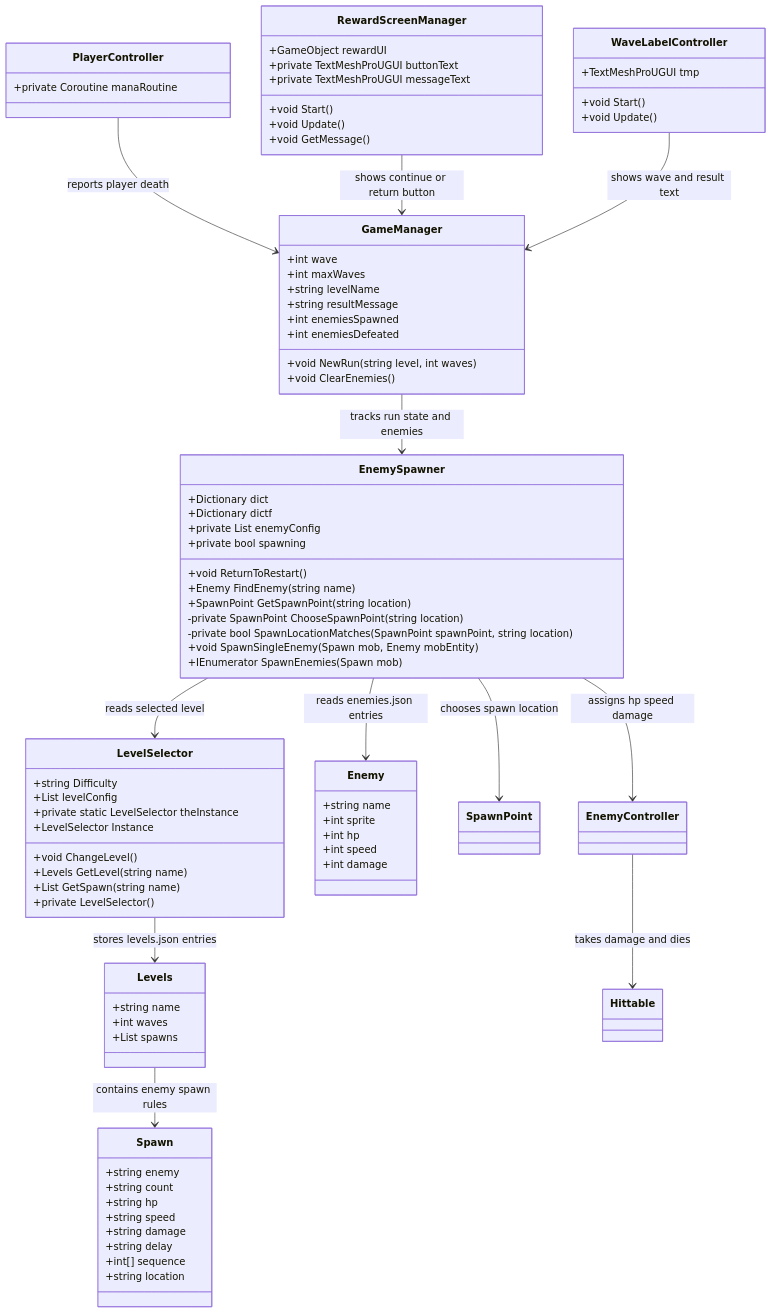
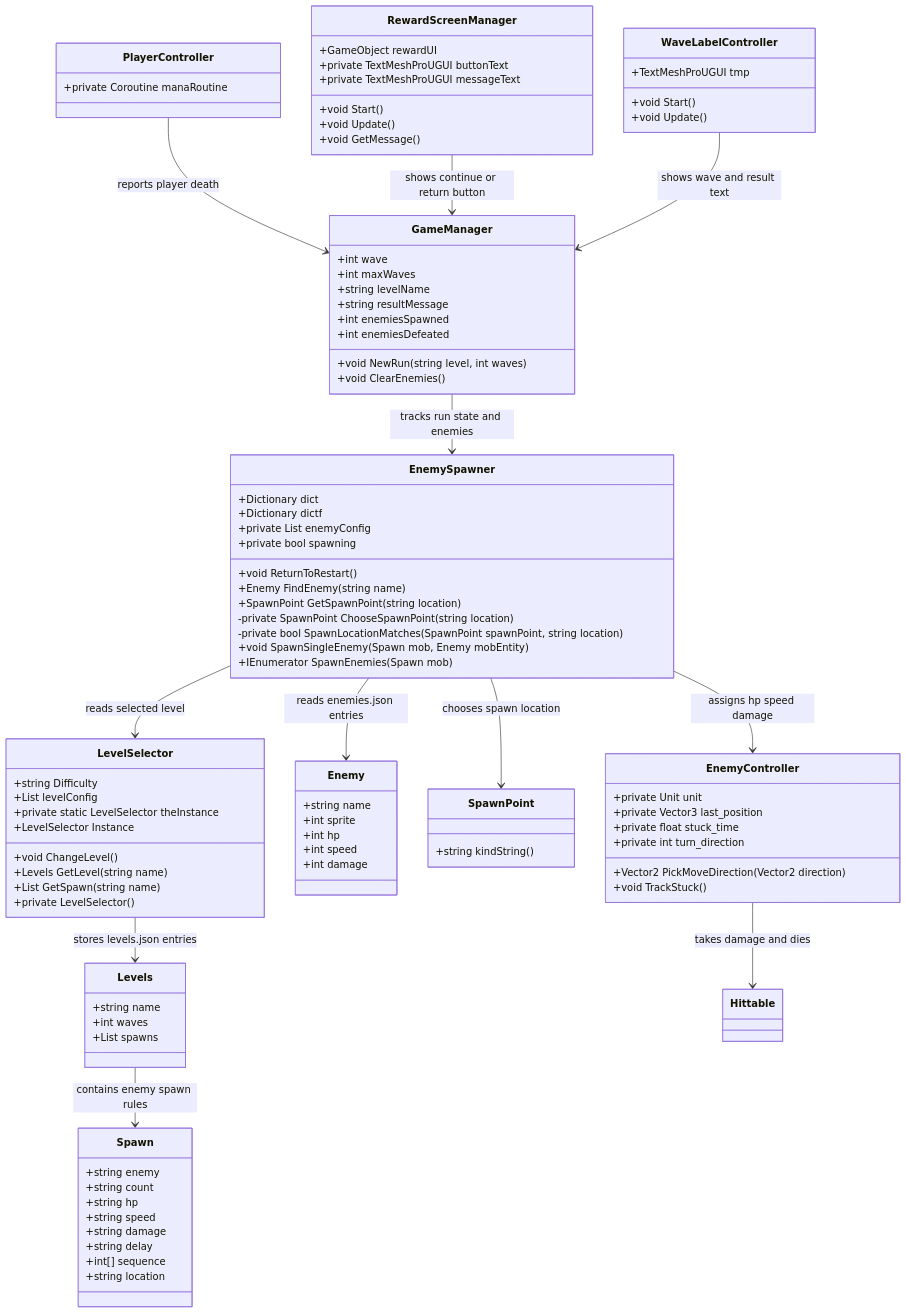
The diagram in report.md (Dermisbakin/CMPM121Framework), drawn with Mermaid before and after one commit.

Commit message:
rest of class definitions

````diff
--- a/report.md
+++ b/report.md
@@ -96,4 +96,17 @@
         +string location
     }
 
+    class SpawnPoint {
+        +string kindString()
+    }
+
+    class EnemyController {
+        +private Unit unit
+        +private Vector3 last_position
+        +private float stuck_time
+        +private int turn_direction
+        +Vector2 PickMoveDirection(Vector2 direction)
+        +void TrackStuck()
+    }
+
 ```
````
